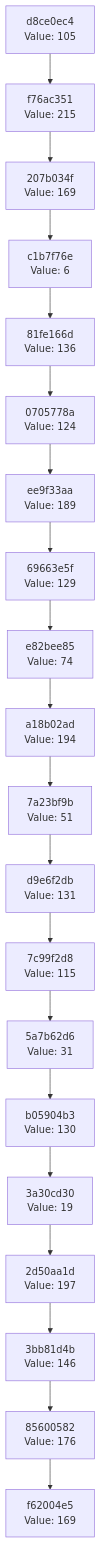
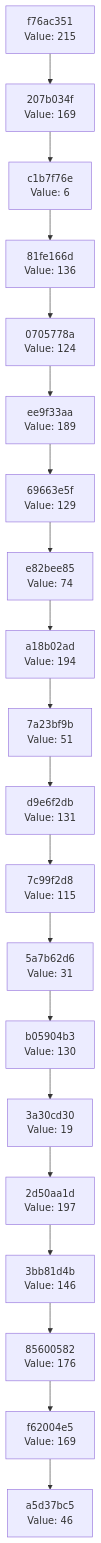
Before and after one commit to Abhisheksinha1506/hash-chain-evolver: the diagram in docs/CHAIN_VISUALIZATION.md, drawn with Mermaid. The commit also changed 3 other files, not shown here.

````diff
--- a/docs/CHAIN_VISUALIZATION.md
+++ b/docs/CHAIN_VISUALIZATION.md
@@ -3,42 +3,42 @@
 ```mermaid
 graph TD
-    C0["f62004e5<br/>Value: 169"]
-    C1["85600582<br/>Value: 176"]
+    C0["a5d37bc5<br/>Value: 46"]
+    C1["f62004e5<br/>Value: 169"]
     C1 --> C0
-    C2["3bb81d4b<br/>Value: 146"]
+    C2["85600582<br/>Value: 176"]
     C2 --> C1
-    C3["2d50aa1d<br/>Value: 197"]
+    C3["3bb81d4b<br/>Value: 146"]
     C3 --> C2
-    C4["3a30cd30<br/>Value: 19"]
+    C4["2d50aa1d<br/>Value: 197"]
     C4 --> C3
-    C5["b05904b3<br/>Value: 130"]
+    C5["3a30cd30<br/>Value: 19"]
     C5 --> C4
-    C6["5a7b62d6<br/>Value: 31"]
+    C6["b05904b3<br/>Value: 130"]
     C6 --> C5
-    C7["7c99f2d8<br/>Value: 115"]
+    C7["5a7b62d6<br/>Value: 31"]
     C7 --> C6
-    C8["d9e6f2db<br/>Value: 131"]
+    C8["7c99f2d8<br/>Value: 115"]
     C8 --> C7
-    C9["7a23bf9b<br/>Value: 51"]
+    C9["d9e6f2db<br/>Value: 131"]
     C9 --> C8
-    C10["a18b02ad<br/>Value: 194"]
+    C10["7a23bf9b<br/>Value: 51"]
     C10 --> C9
-    C11["e82bee85<br/>Value: 74"]
+    C11["a18b02ad<br/>Value: 194"]
     C11 --> C10
-    C12["69663e5f<br/>Value: 129"]
+    C12["e82bee85<br/>Value: 74"]
     C12 --> C11
-    C13["ee9f33aa<br/>Value: 189"]
+    C13["69663e5f<br/>Value: 129"]
     C13 --> C12
-    C14["0705778a<br/>Value: 124"]
+    C14["ee9f33aa<br/>Value: 189"]
     C14 --> C13
-    C15["81fe166d<br/>Value: 136"]
+    C15["0705778a<br/>Value: 124"]
     C15 --> C14
-    C16["c1b7f76e<br/>Value: 6"]
+    C16["81fe166d<br/>Value: 136"]
     C16 --> C15
-    C17["207b034f<br/>Value: 169"]
+    C17["c1b7f76e<br/>Value: 6"]
     C17 --> C16
-    C18["f76ac351<br/>Value: 215"]
+    C18["207b034f<br/>Value: 169"]
     C18 --> C17
-    C19["d8ce0ec4<br/>Value: 105"]
+    C19["f76ac351<br/>Value: 215"]
     C19 --> C18
 ```
````
